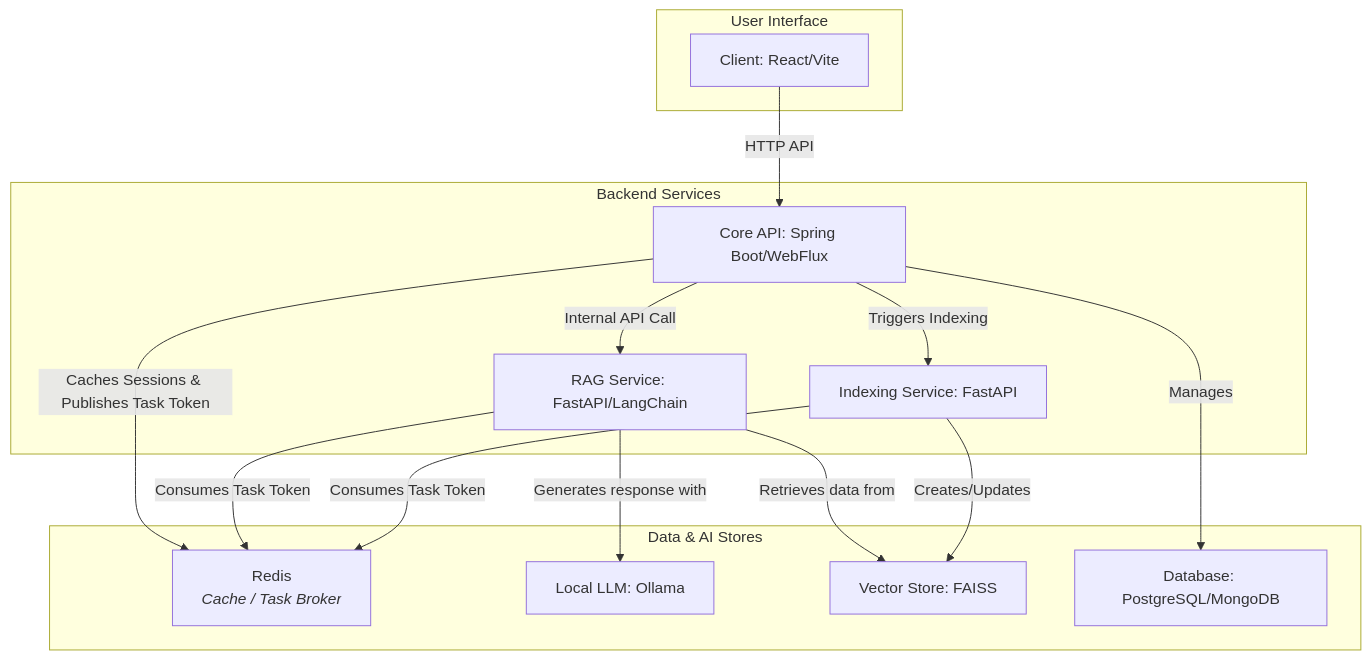
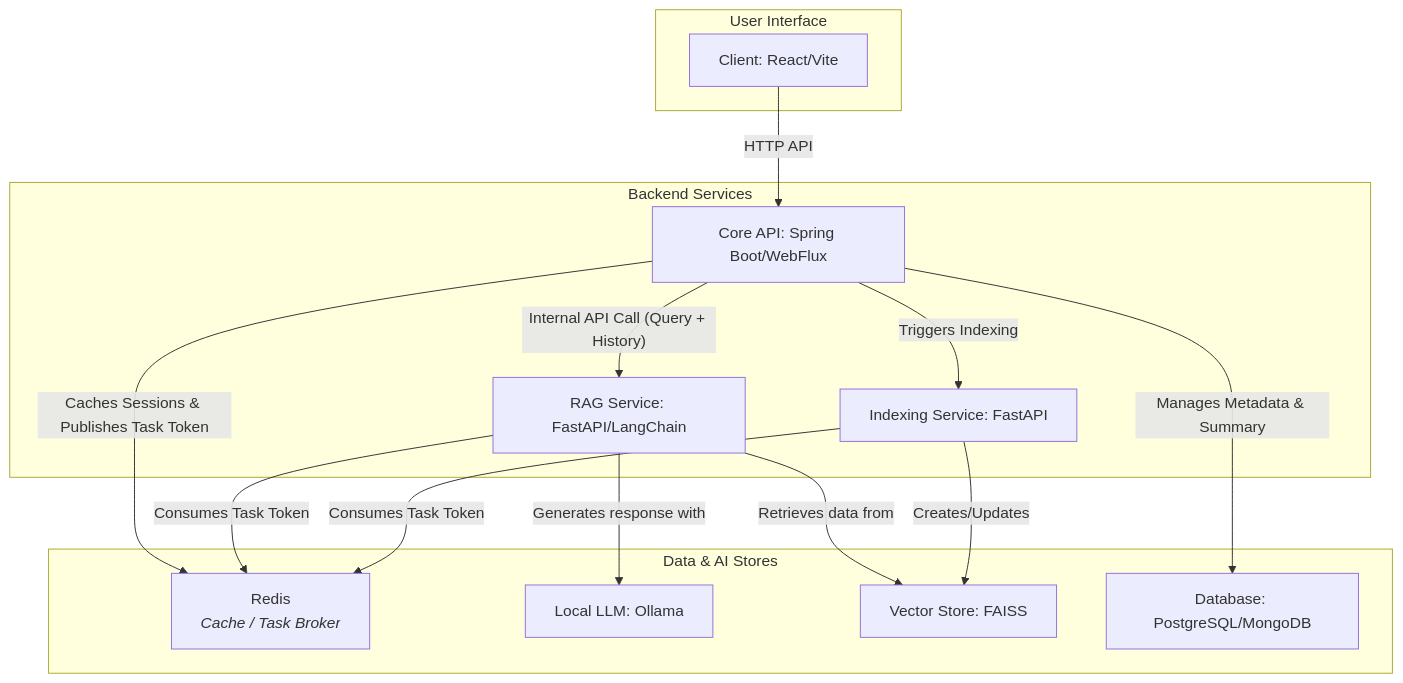
The diagram in README.ko.md (fake-dev-log/rag-chatbot-prototype), drawn with Mermaid before and after one commit. The commit also changed other lines of this file and 22 other files, not shown here.

````diff
--- a/README.ko.md
+++ b/README.ko.md
@@ -24,35 +24,35 @@
 ```mermaid
 graph TD
     subgraph "User Interface"
         A[Client: React/Vite]
     end
 
     subgraph "Backend Services"
         B[Core API: Spring Boot/WebFlux]
         C[RAG Service: FastAPI/LangChain]
         D[Indexing Service: FastAPI]
     end
 
     subgraph "Data & AI Stores"
         E[Redis<br><i>Cache / Task Broker</i>]
         F[Local LLM: Ollama]
         G[Vector Store: FAISS]
         H[Database: PostgreSQL/MongoDB]
     end
 
 %% Main application flow
     A -- "HTTP API" --> B
-    B -- "Internal API Call" --> C
+    B -- "Internal API Call (Query + History)" --> C
     B -- "Triggers Indexing" --> D
 
 %% Data store interactions
-    B -- "Manages" --> H
+    B -- "Manages Metadata & Summary" --> H
     C -- "Retrieves data from" --> G
     D -- "Creates/Updates" --> G
     C -- "Generates response with" --> F
 
 %% Redis-specific interactions
     B -- "Caches Sessions & Publishes Task Token" --> E
     C -- "Consumes Task Token" --> E
     D -- "Consumes Task Token" --> E
 ```
````
